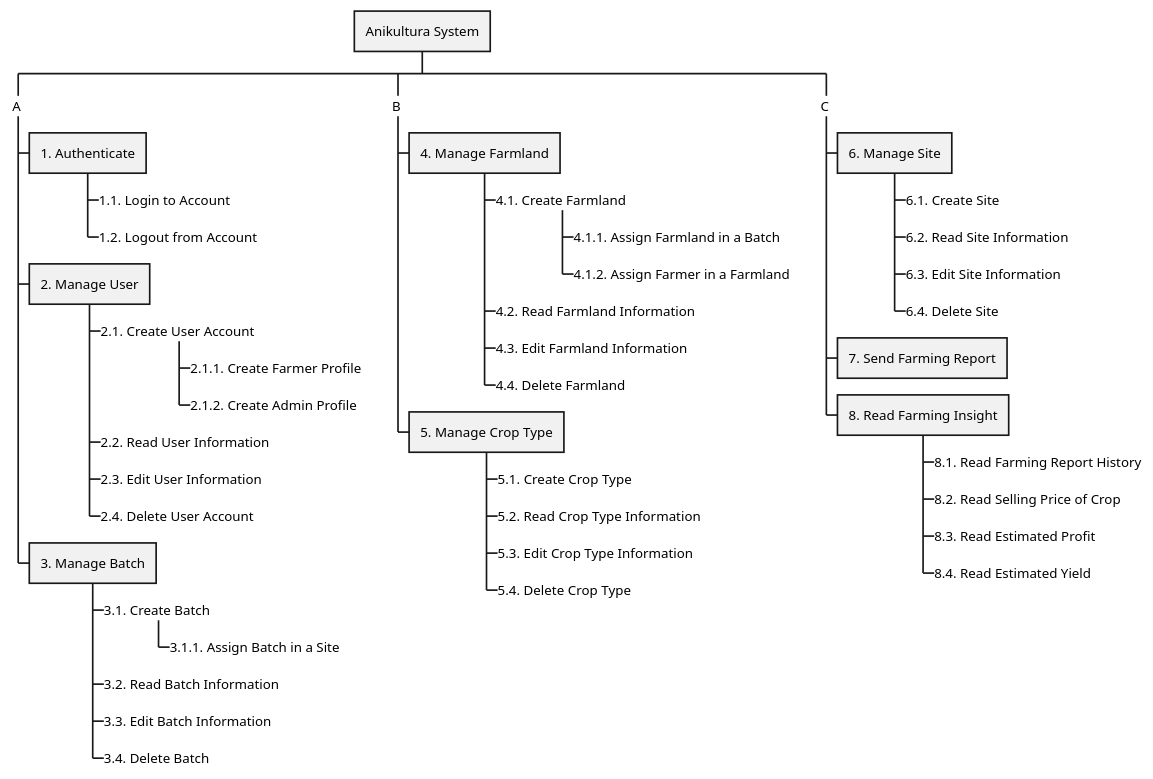
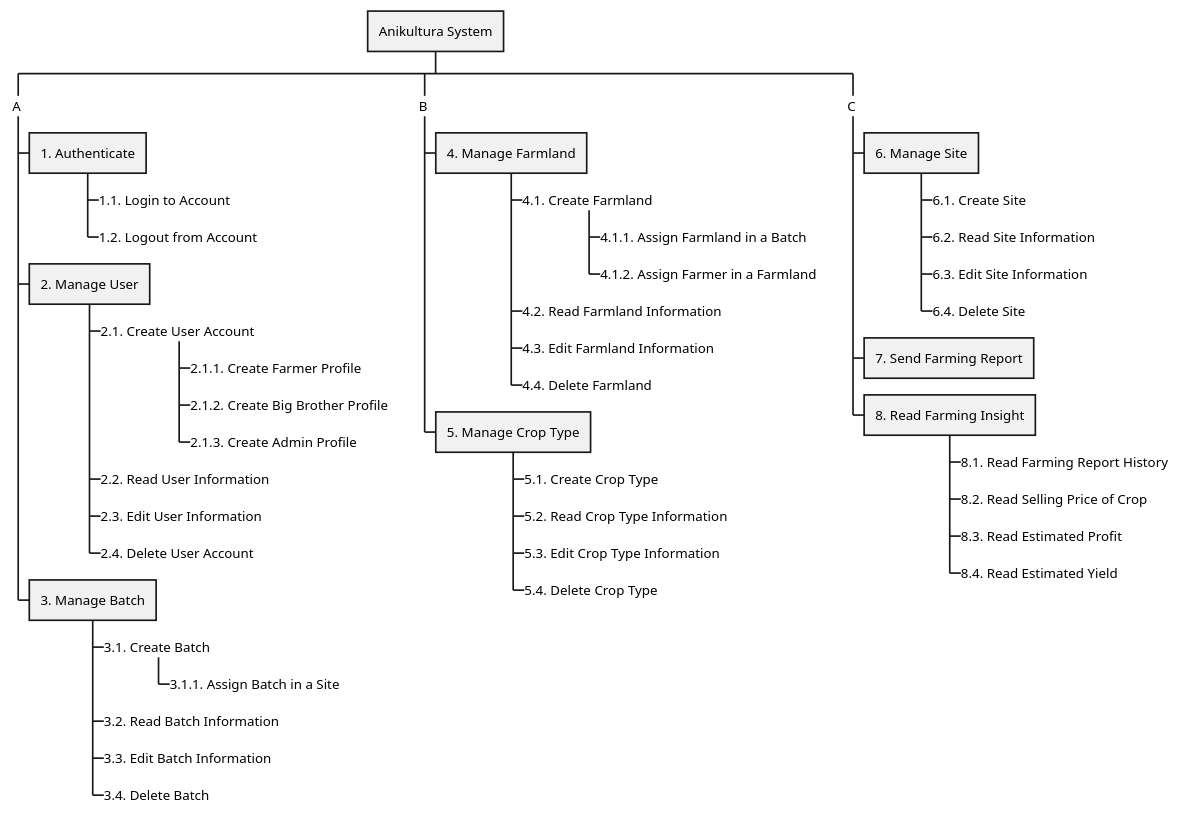
One commit to radical-doubting/anikultura-diagrams changed the diagram in plantuml/proposed/fdd.wsd. Above: the diagram before and after it, drawn with PlantUML. The commit also changed 3 other files, not shown here.

```diff
--- a/plantuml/proposed/fdd.wsd
+++ b/plantuml/proposed/fdd.wsd
@@ -1,58 +1,59 @@
 @startwbs
 
 * Anikultura System
 
 **_ A
 
 *** 1. Authenticate
 ****_ 1.1. Login to Account
 ****_ 1.2. Logout from Account
 
 *** 2. Manage User
 ****_ 2.1. Create User Account
 *****_ 2.1.1. Create Farmer Profile
-*****_ 2.1.2. Create Admin Profile
+*****_ 2.1.2. Create Big Brother Profile
+*****_ 2.1.3. Create Admin Profile
 ****_ 2.2. Read User Information
 ****_ 2.3. Edit User Information
 ****_ 2.4. Delete User Account
 
 *** 3. Manage Batch
 ****_ 3.1. Create Batch
 *****_ 3.1.1. Assign Batch in a Site
 ****_ 3.2. Read Batch Information
 ****_ 3.3. Edit Batch Information
 ****_ 3.4. Delete Batch
 
 **_ B
     
 *** 4. Manage Farmland
 ****_ 4.1. Create Farmland
 *****_ 4.1.1. Assign Farmland in a Batch
 *****_ 4.1.2. Assign Farmer in a Farmland
 ****_ 4.2. Read Farmland Information
 ****_ 4.3. Edit Farmland Information
 ****_ 4.4. Delete Farmland
 
 *** 5. Manage Crop Type
 ****_ 5.1. Create Crop Type
 ****_ 5.2. Read Crop Type Information
 ****_ 5.3. Edit Crop Type Information
 ****_ 5.4. Delete Crop Type
 
 **_ C
 
 *** 6. Manage Site
 ****_ 6.1. Create Site
 ****_ 6.2. Read Site Information
 ****_ 6.3. Edit Site Information
 ****_ 6.4. Delete Site
 
 *** 7. Send Farming Report
 
 *** 8. Read Farming Insight
 ****_ 8.1. Read Farming Report History
 ****_ 8.2. Read Selling Price of Crop
 ****_ 8.3. Read Estimated Profit
 ****_ 8.4. Read Estimated Yield
 
 @endwbs
```
